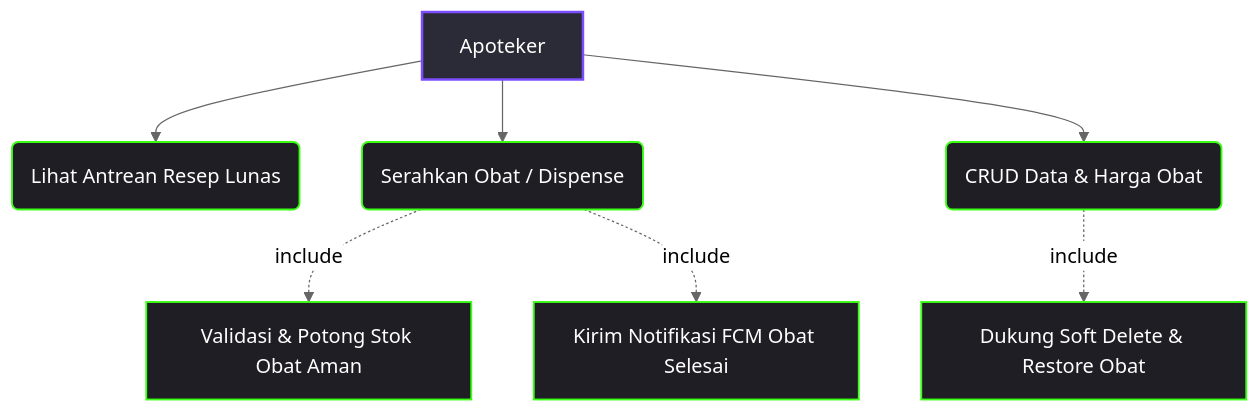
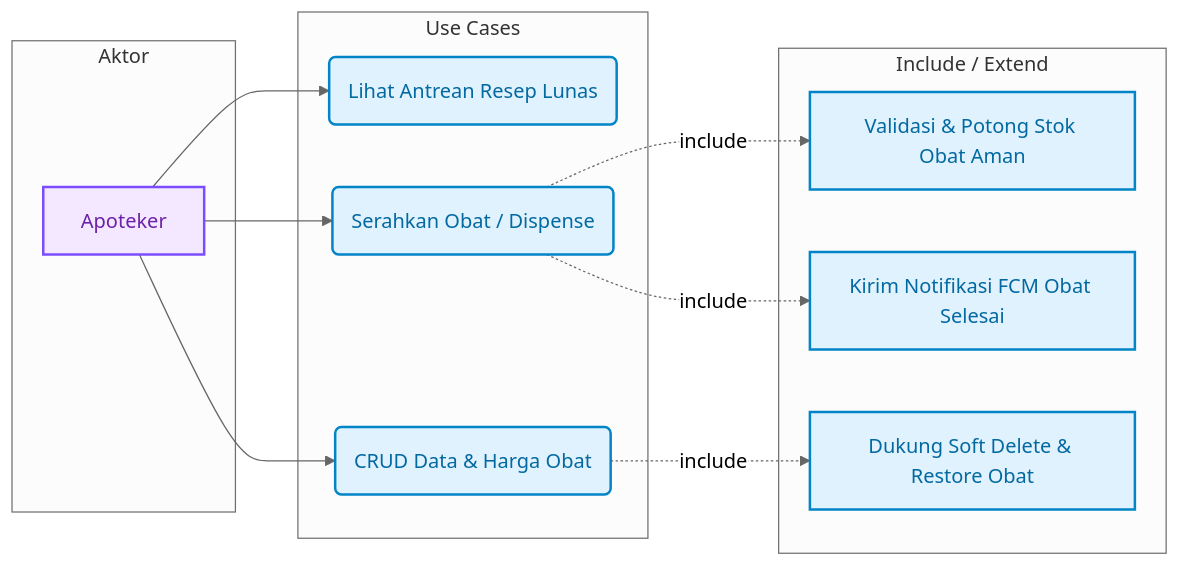
The fifth of 6 diagrams in dokumentasi/USECASE_DIAGRAM.md (Rezi14/NalaSeva-Mobile-Test), drawn with Mermaid (neutral theme) before and after one commit. The commit also changed other lines of this file and 1 other file, not shown here.

````diff
--- a/dokumentasi/USECASE_DIAGRAM.md
+++ b/dokumentasi/USECASE_DIAGRAM.md
@@ -171,13 +241,31 @@
 ```mermaid
-flowchart TD
-  classDef actorStyle fill:#2a2b36,stroke:#7c4dff,stroke-width:2px,color:#fff;
-  classDef usecaseStyle fill:#1e1e24,stroke:#39ff14,stroke-width:1.5px,color:#fff;
+flowchart LR
+  classDef actorStyle fill:#f3e8ff,stroke:#7c4dff,stroke-width:2px,color:#6b21a8;
+  classDef usecaseStyle fill:#e0f2fe,stroke:#0284c7,stroke-width:2px,color:#0369a1;
 
-  Apoteker[Apoteker]:::actorStyle --> UC_Queues(Lihat Antrean Resep Lunas):::usecaseStyle
-  Apoteker --> UC_Dispense(Serahkan Obat / Dispense):::usecaseStyle
-  Apoteker --> UC_Medicine(CRUD Data & Harga Obat):::usecaseStyle
+  subgraph Actors [Aktor]
+    Apoteker[Apoteker]:::actorStyle
+  end
 
-  UC_Dispense -.->|include| UC_DBTrans[Validasi & Potong Stok Obat Aman]:::usecaseStyle
-  UC_Dispense -.->|include| UC_FCMObat[Kirim Notifikasi FCM Obat Selesai]:::usecaseStyle
-  UC_Medicine -.->|include| UC_SoftDel[Dukung Soft Delete & Restore Obat]:::usecaseStyle
+  subgraph UseCases [Use Cases]
+    UC_Queues(Lihat Antrean Resep Lunas):::usecaseStyle
+    UC_Dispense(Serahkan Obat / Dispense):::usecaseStyle
+    UC_Medicine(CRUD Data & Harga Obat):::usecaseStyle
+  end
+
+  subgraph Details [Include / Extend]
+    UC_DBTrans[Validasi & Potong Stok Obat Aman]:::usecaseStyle
+    UC_FCMObat[Kirim Notifikasi FCM Obat Selesai]:::usecaseStyle
+    UC_SoftDel[Dukung Soft Delete & Restore Obat]:::usecaseStyle
+  end
+
+  %% Actor Connections
+  Apoteker --> UC_Queues
+  Apoteker --> UC_Dispense
+  Apoteker --> UC_Medicine
+
+  %% Relations
+  UC_Dispense -.->|include| UC_DBTrans
+  UC_Dispense -.->|include| UC_FCMObat
+  UC_Medicine -.->|include| UC_SoftDel
 ```
````
